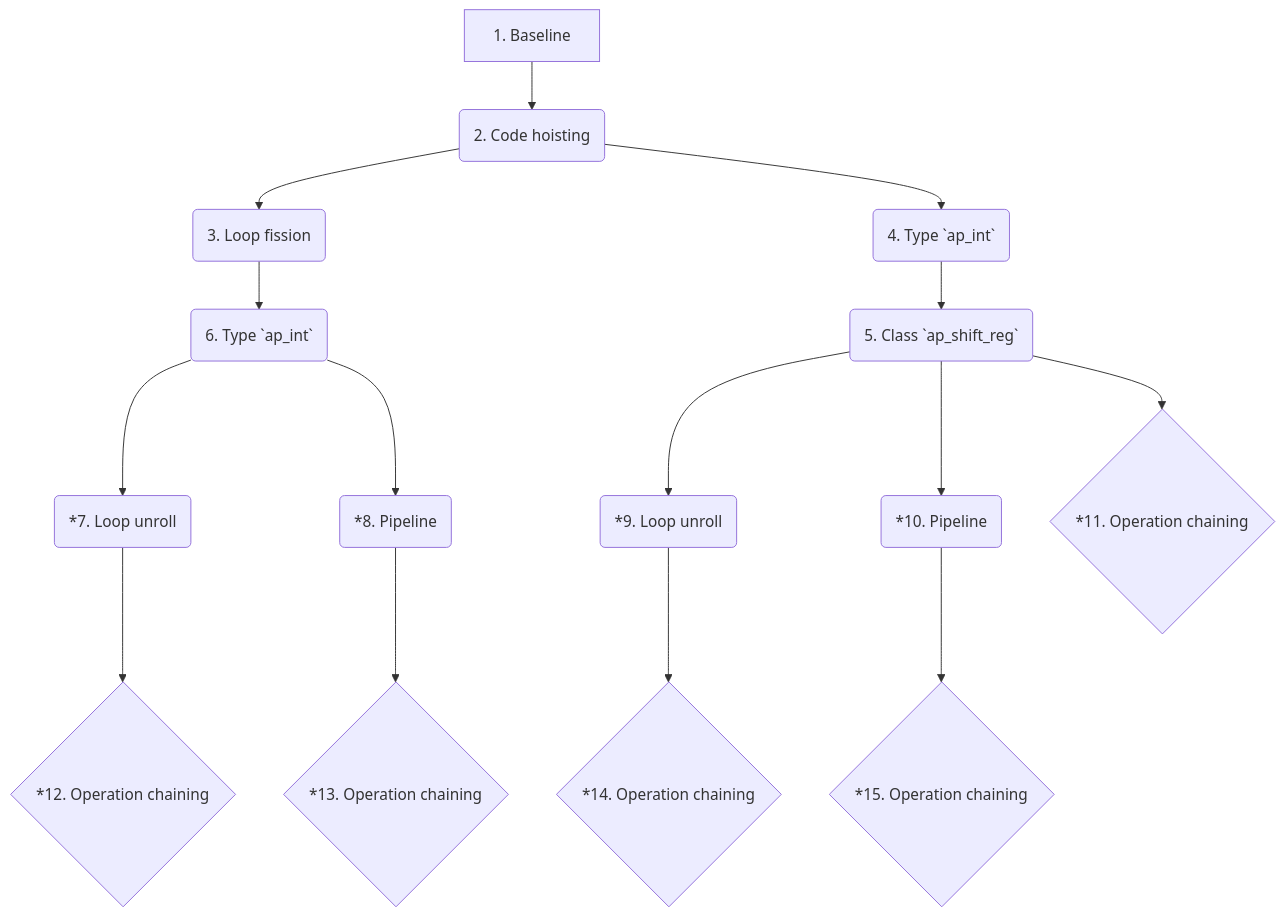
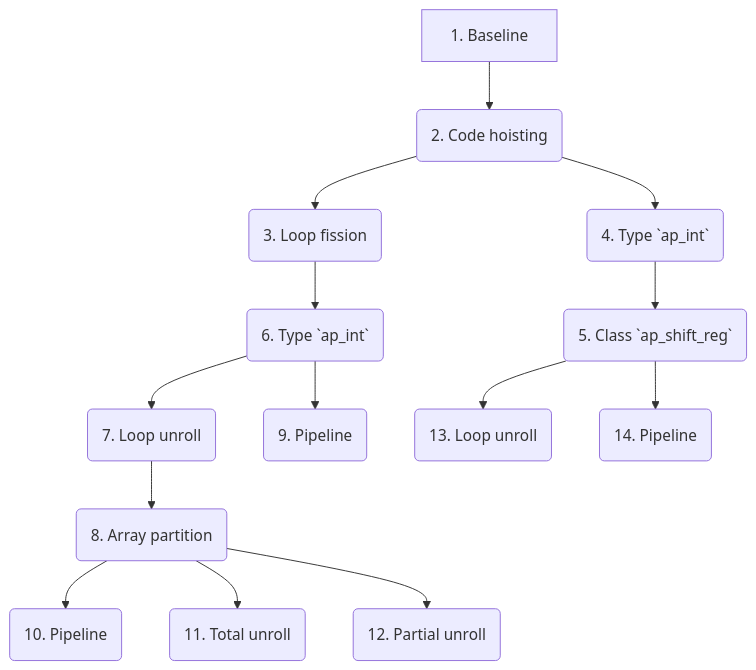
One commit to XBlayz/HLS_projects changed the diagram in README.md. Above: the diagram before and after it, drawn with Mermaid. The commit also changed other lines of this file, not shown here.

Commit message:
docs: update project workflow and roadmap
Update the README to include new workflow command examples for various FIR filter optimization strategies and refine the project roadmap flowchart.

- Add command-line examples for loop fission, array partitioning, and unrolling variants
- Update the Mermaid flowchart to reflect the corrected optimization sequence
- Add a new item to the ToDoList regarding verbose schedule report saving

````diff
--- a/README.md
+++ b/README.md
@@ -134,18 +133,21 @@
 ```mermaid
 flowchart TD
     1[1. Baseline] --> 2(2. Code hoisting)
 
     2 --> 3(3. Loop fission) --> 6(6. Type `ap_int`)
     2 --> 4(4. Type `ap_int`) --> 5(5. Class `ap_shift_reg`)
 
-    6 --> 7(*7. Loop unroll) --> 12{*12. Operation chaining}
-    6 --> 8(*8. Pipeline) --> 13{*13. Operation chaining}
-    %%TODO: potential "Array partition"
+    6 --> 7(7. Loop unroll) --> 8(8. Array partition) --> 10(10. Pipeline)
+    6 --> 9(9. Pipeline)
 
-    5 --> 9(*9. Loop unroll) --> 14{*14. Operation chaining}
-    5 --> 10(*10. Pipeline) --> 15{*15. Operation chaining}
-    5 --> 11{*11. Operation chaining}
-    %%TODO: potential "Array partition"
+    8 --> 11(11. Total unroll)
+    8 --> 12(12. Partial unroll)
 
-    %%TODO: <BEST> --> 16[16. AXI4-Stream]
+    5 --> 13(13. Loop unroll)
+    5 --> 14(14. Pipeline)
+
+    %% <BEST_1> --> 15{*15. Operation chaining}
+    %% <BEST_2> --> 16{*16. Operation chaining}
+
+    %%TODO: <BEST> --> 17[17. AXI4-Stream]
 ```
````
